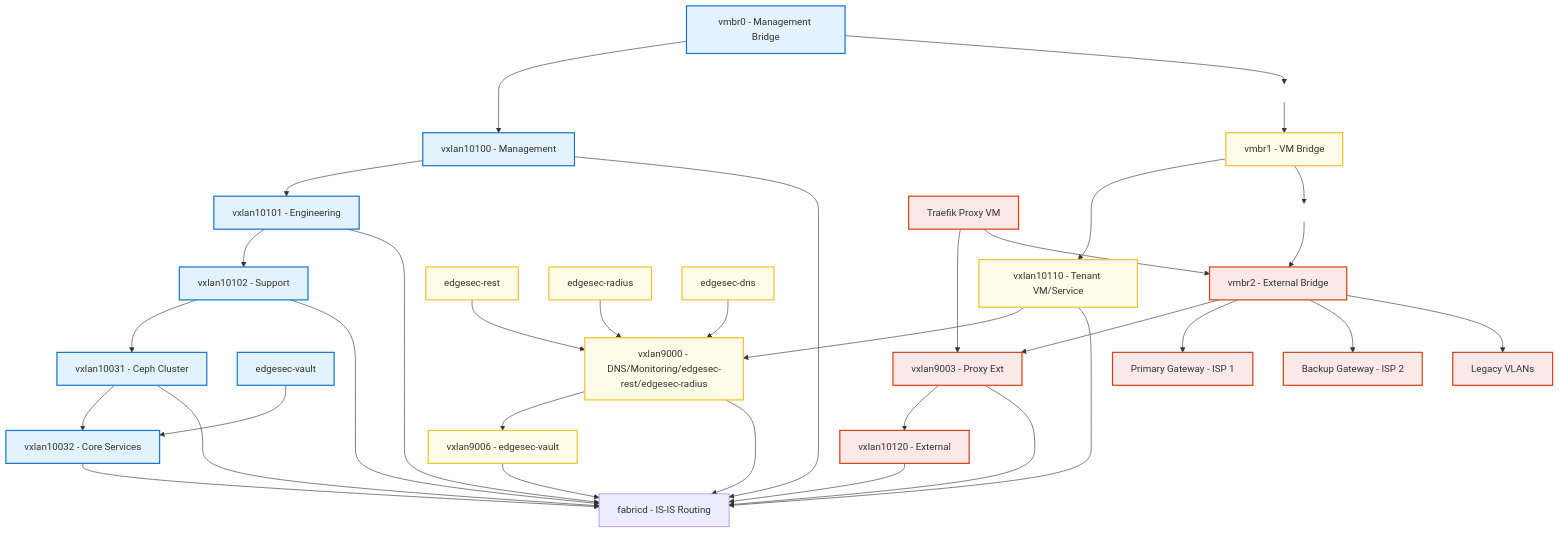
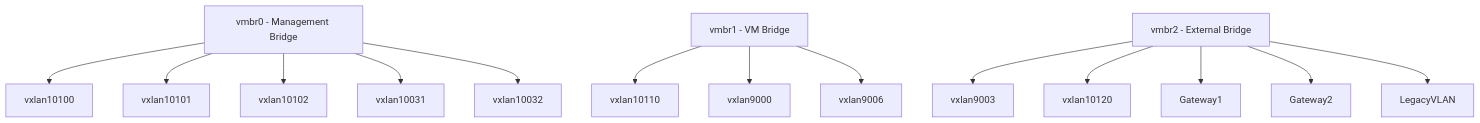
The first of 5 diagrams in README.md (CEP-Comwell/proxmox_addons), drawn with Mermaid before and after one commit.

````diff
--- a/README.md
+++ b/README.md
@@ -9,73 +13,19 @@
 ```mermaid
 graph TD
-
-%% Management Zone (vertical chain)
 MgmtBridge[vmbr0 - Management Bridge]
-MgmtBridge --> VX10100[vxlan10100 - Management]
-VX10100 --> VX10101[vxlan10101 - Engineering]
-VX10101 --> VX10102[vxlan10102 - Support]
-VX10102 --> VXCEPH2[vxlan10031 - Ceph Cluster]
-VXCEPH2 --> VX10032[vxlan10032 - Core Services]
-VaultVM[edgesec-vault]
-VaultVM --> VX10032
-
-Spacer1[" "]:::spacer
-
-%% VM/Services Zone (vertical chain)
 VMBridge[vmbr1 - VM Bridge]
-VMBridge --> VX10110[vxlan10110 - Tenant VM/Service]
-VX10110 --> VX9000[vxlan9000 - DNS/Monitoring/edgesec-rest/edgesec-radius]
-VX9000 --> VX9006[vxlan9006 - edgesec-vault]
-
-RestVM[edgesec-rest]
-RadiusVM[edgesec-radius]
-DNSVM[edgesec-dns]
-RestVM --> VX9000
-RadiusVM --> VX9000
-DNSVM --> VX9000
-
-Spacer2[" "]:::spacer
-
-%% External Zone (vertical chain)
 ExtBridge[vmbr2 - External Bridge]
-ExtBridge --> VX9003[vxlan9003 - Proxy Ext]
-VX9003 --> VX10120[vxlan10120 - External]
-ProxyVM[Traefik Proxy VM]
-ProxyVM --> VX9003
-ProxyVM --> ExtBridge
-Gateway1[Primary Gateway - ISP 1]
-Gateway2[Backup Gateway - ISP 2]
-LegacyVLAN[Legacy VLANs]
+MgmtBridge --> VX10100[vxlan10100]
+MgmtBridge --> VX10101[vxlan10101]
+MgmtBridge --> VX10102[vxlan10102]
+MgmtBridge --> VXCEPH2[vxlan10031]
+MgmtBridge --> VX10032[vxlan10032]
+VMBridge --> VX10110[vxlan10110]
+VMBridge --> VX9000[vxlan9000]
+VMBridge --> VX9006[vxlan9006]
+ExtBridge --> VX9003[vxlan9003]
+ExtBridge --> VX10120[vxlan10120]
 ExtBridge --> Gateway1
 ExtBridge --> Gateway2
 ExtBridge --> LegacyVLAN
-
-%% Bridge-to-bridge connections for vertical flow using spacers
-MgmtBridge --> Spacer1 --> VMBridge
-VMBridge --> Spacer2 --> ExtBridge
-
-  %% VXLANs to fabricd (global, not in subgraph)
-  Fabricd[fabricd - IS-IS Routing]
-  VX10100 --> Fabricd
-  VX10101 --> Fabricd
-  VX10102 --> Fabricd
-  VX10110 --> Fabricd
-  VX9000 --> Fabricd
-  VX9006 --> Fabricd
-  VX9003 --> Fabricd
-  VX10120 --> Fabricd
-  VXCEPH2 --> Fabricd
-  VX10032 --> Fabricd
-
-  %% Custom bridge colors (for nodes)
-  classDef mgmt fill:#e3f2fd,stroke:#1976d2,stroke-width:2px;
-  classDef vm fill:#fffde7,stroke:#fbc02d,stroke-width:2px;
-  classDef ext fill:#fbe9e7,stroke:#d84315,stroke-width:2px;
-  classDef proxy fill:#e8f5e9,stroke:#388e3c,stroke-width:2px;
-  classDef spacer fill:#ffffff00,stroke:#ffffff00;
-
-  class MgmtBridge,VaultVM,VX10100,VX10101,VX10102,VXCEPH2,VX10032 mgmt;
-  class VMBridge,RestVM,RadiusVM,DNSVM,VX10110,VX9000,VX9006 vm;
-  class ExtBridge,ProxyVM,Gateway1,Gateway2,LegacyVLAN,VX9003,VX10120 ext;
-  class Spacer1,Spacer2 spacer;
 ```
````
